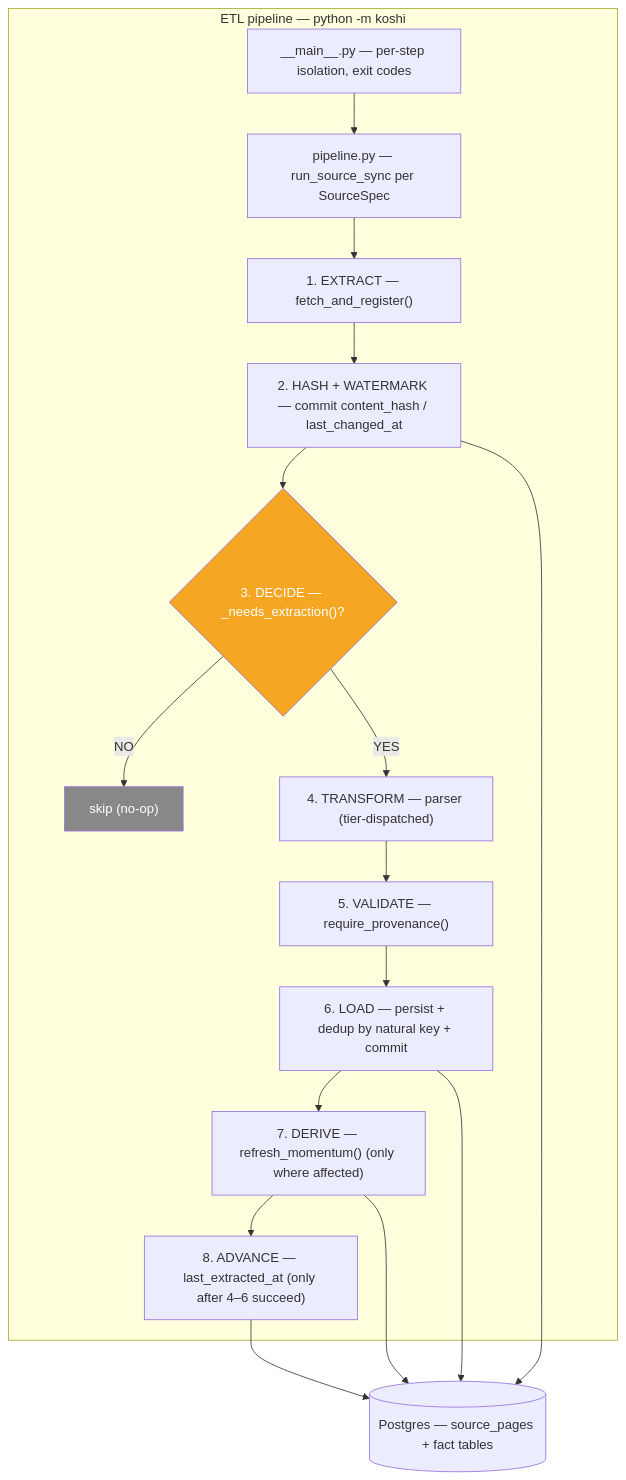
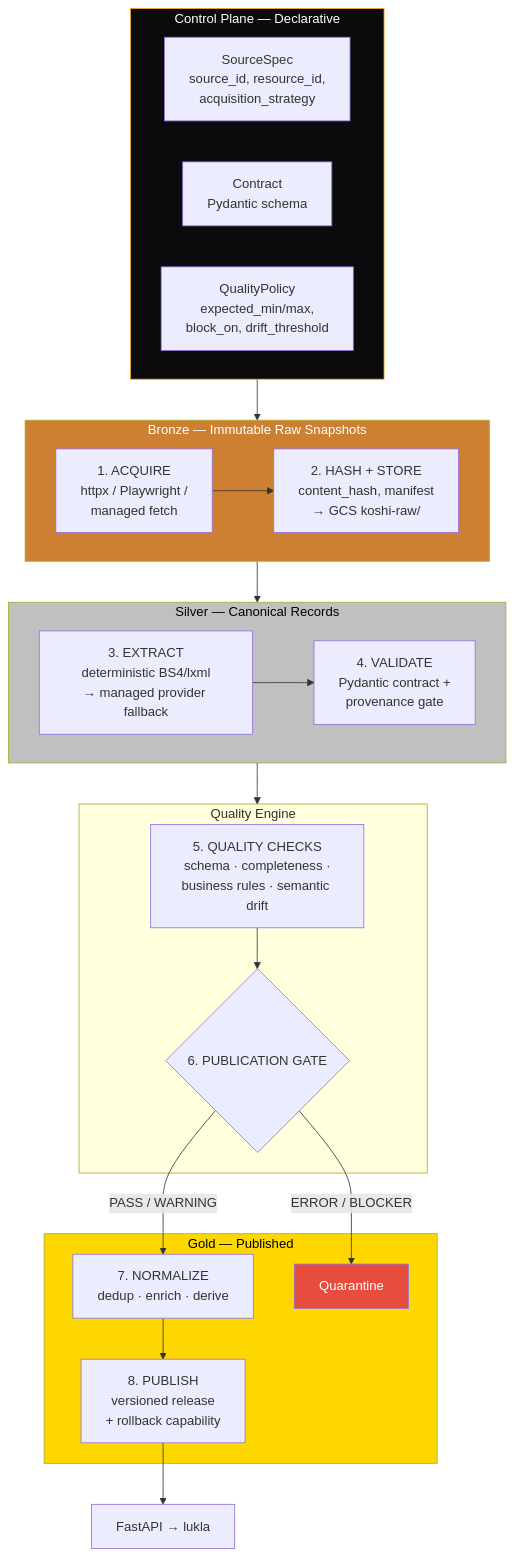
Before and after one commit to judasprabin/koshi: the fifth of 6 diagrams in docs/superpowers/specs/2026-08-16-koshi-etl-architecture.md, drawn with Mermaid. The commit also changed other lines of this file and 2 other files, not shown here.

First line of the commit message:
Add URL catalog, data model, and rebuilt architecture doc (feedback.md merge)

````diff
--- a/docs/superpowers/specs/2026-08-16-koshi-etl-architecture.md
+++ b/docs/superpowers/specs/2026-08-16-koshi-etl-architecture.md
@@ -403,23 +866,47 @@
 ```mermaid
 flowchart TB
-    subgraph ETL["ETL pipeline — python -m koshi"]
-        O["__main__.py — per-step isolation, exit codes"] --> P["pipeline.py — run_source_sync per SourceSpec"]
-        P --> E1["1. EXTRACT — fetch_and_register()"]
-        E1 --> E2["2. HASH + WATERMARK — commit content_hash / last_changed_at"]
-        E2 --> E3{"3. DECIDE — _needs_extraction()?"}
-        E3 -->|"NO"| SKIP["skip (no-op)"]
-        E3 -->|"YES"| E4["4. TRANSFORM — parser (tier-dispatched)"]
-        E4 --> E5["5. VALIDATE — require_provenance()"]
-        E5 --> E6["6. LOAD — persist + dedup by natural key + commit"]
-        E6 --> E7["7. DERIVE — refresh_momentum() (only where affected)"]
-        E7 --> E8["8. ADVANCE — last_extracted_at (only after 4–6 succeed)"]
+    subgraph CONTROL["Control Plane — Declarative"]
+        direction LR
+        SPEC["SourceSpec<br/>source_id, resource_id,<br/>acquisition_strategy"]
+        CONTRACT["Contract<br/>Pydantic schema"]
+        QPOLICY["QualityPolicy<br/>expected_min/max,<br/>block_on, drift_threshold"]
     end
-    DB[("Postgres — source_pages + fact tables")]
-    E2 --> DB
-    E6 --> DB
-    E7 --> DB
-    E8 --> DB
 
-    style E3 fill:#f5a623,color:#fff
-    style SKIP fill:#888,color:#fff
+    subgraph BRONZE["Bronze — Immutable Raw Snapshots"]
+        S["1. ACQUIRE<br/>httpx / Playwright /<br/>managed fetch"]
+        HASH["2. HASH + STORE<br/>content_hash, manifest<br/>→ GCS koshi-raw/"]
+        S --> HASH
+    end
+
+    subgraph SILVER["Silver — Canonical Records"]
+        EXT["3. EXTRACT<br/>deterministic BS4/lxml<br/>→ managed provider fallback"]
+        VAL["4. VALIDATE<br/>Pydantic contract +<br/>provenance gate"]
+        EXT --> VAL
+    end
+
+    subgraph QUALITY["Quality Engine"]
+        QCHECKS["5. QUALITY CHECKS<br/>schema · completeness ·<br/>business rules · semantic drift"]
+        GATE{"6. PUBLICATION GATE"}
+        QCHECKS --> GATE
+    end
+
+    subgraph GOLD["Gold — Published"]
+        NORM["7. NORMALIZE<br/>dedup · enrich · derive"]
+        PUB["8. PUBLISH<br/>versioned release<br/>+ rollback capability"]
+        QN["Quarantine"]
+        GATE -->|"PASS / WARNING"| NORM
+        GATE -->|"ERROR / BLOCKER"| QN
+        NORM --> PUB
+    end
+
+    CONTROL --> BRONZE
+    BRONZE --> SILVER
+    SILVER --> QUALITY
+    PUB --> API["FastAPI → lukla"]
+
+    style BRONZE fill:#cd7f32,color:#fff
+    style SILVER fill:#c0c0c0,color:#000
+    style GOLD fill:#ffd700,color:#000
+    style CONTROL fill:#0b0b0d,color:#fff,stroke:#f5a623
+    style QN fill:#e74c3c,color:#fff
 ```
````
